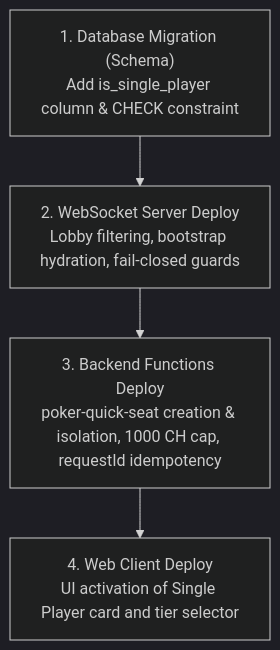
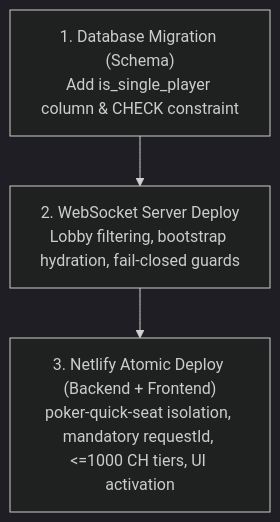
One commit to krzysztofcal/arcadePlatform changed the diagram in specs/1077-single-player/spec.md. Above: the diagram before and after it, drawn with Mermaid (dark theme). The commit also changed other lines of this file and 9 other files, not shown here.

Commit message:
fix(poker): address review findings for new game separation, restricted rejoin, and mandatory requestId (#1077)

````diff
--- a/specs/1077-single-player/spec.md
+++ b/specs/1077-single-player/spec.md
@@ -89,6 +89,5 @@
 ```mermaid
 flowchart TD
   Phase1["1. Database Migration (Schema)<br/>Add is_single_player column & CHECK constraint"] --> Phase2["2. WebSocket Server Deploy<br/>Lobby filtering, bootstrap hydration, fail-closed guards"]
-  Phase2 --> Phase3["3. Backend Functions Deploy<br/>poker-quick-seat creation & isolation, 1000 CH cap, requestId idempotency"]
-  Phase3 --> Phase4["4. Web Client Deploy<br/>UI activation of Single Player card and tier selector"]
+  Phase2 --> Phase3["3. Netlify Atomic Deploy (Backend + Frontend)<br/>poker-quick-seat isolation, mandatory requestId, <=1000 CH tiers, UI activation"]
 ```
````
